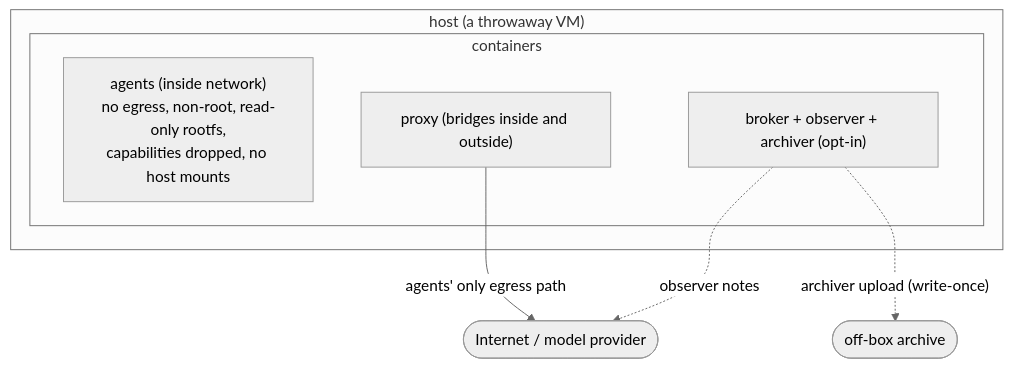
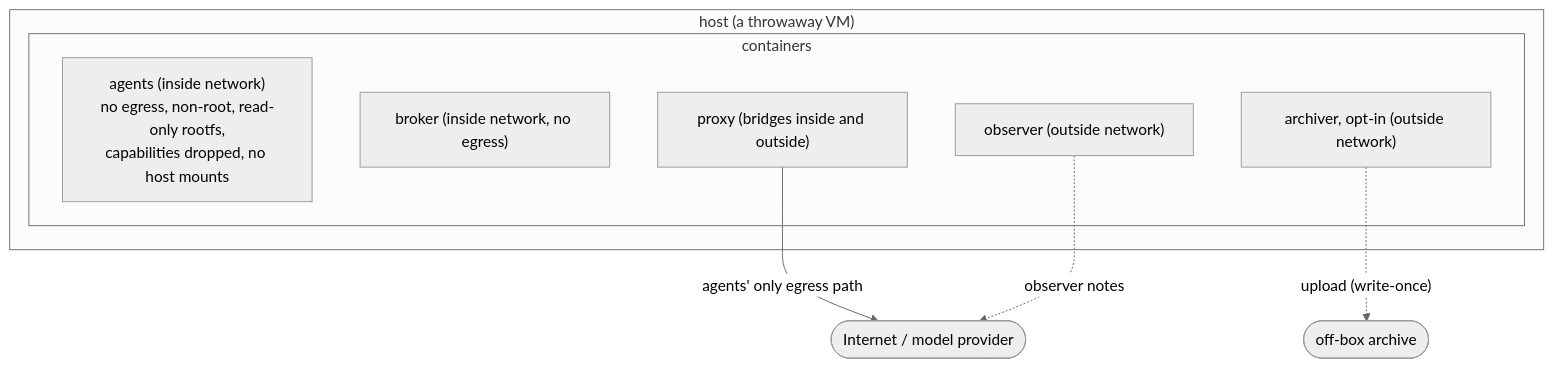
The fifth of 5 diagrams in ARCHITECTURE.md (alpersonalwebsite/observed-agents), drawn with Mermaid (neutral theme) before and after one commit. The commit also changed 1 other file, not shown here.

Commit message:
Split the trust-boundary diagram's service node and finish the README line breaks
ARCHITECTURE.md: the trust-boundary diagram grouped the broker (inside
network, no egress) with the observer and archiver, so both egress edges
appeared to leave the broker too. Give each its own node with its
network, and draw the notes and upload edges from the observer and the
archiver only.

README.md: put each sentence of the 'How it works' bullets on its own
continuation line, as the previous commit's message already claimed.

````diff
--- a/ARCHITECTURE.md
+++ b/ARCHITECTURE.md
@@ -116,15 +116,17 @@
 ```mermaid
 flowchart TB
   OR(["Internet / model provider"])
   subgraph host["host (a throwaway VM)"]
     subgraph net["containers"]
       ag["agents (inside network)<br/>no egress, non-root, read-only rootfs,<br/>capabilities dropped, no host mounts"]
-      svc["broker + observer + archiver (opt-in)"]
+      brk["broker (inside network, no egress)"]
+      obs["observer (outside network)"]
+      arv["archiver, opt-in (outside network)"]
       px["proxy (bridges inside and outside)"]
     end
   end
   ARC(["off-box archive"])
   px -->|"agents' only egress path"| OR
-  svc -. "observer notes" .-> OR
-  svc -. "archiver upload (write-once)" .-> ARC
+  obs -. "observer notes" .-> OR
+  arv -. "upload (write-once)" .-> ARC
 ```
````
